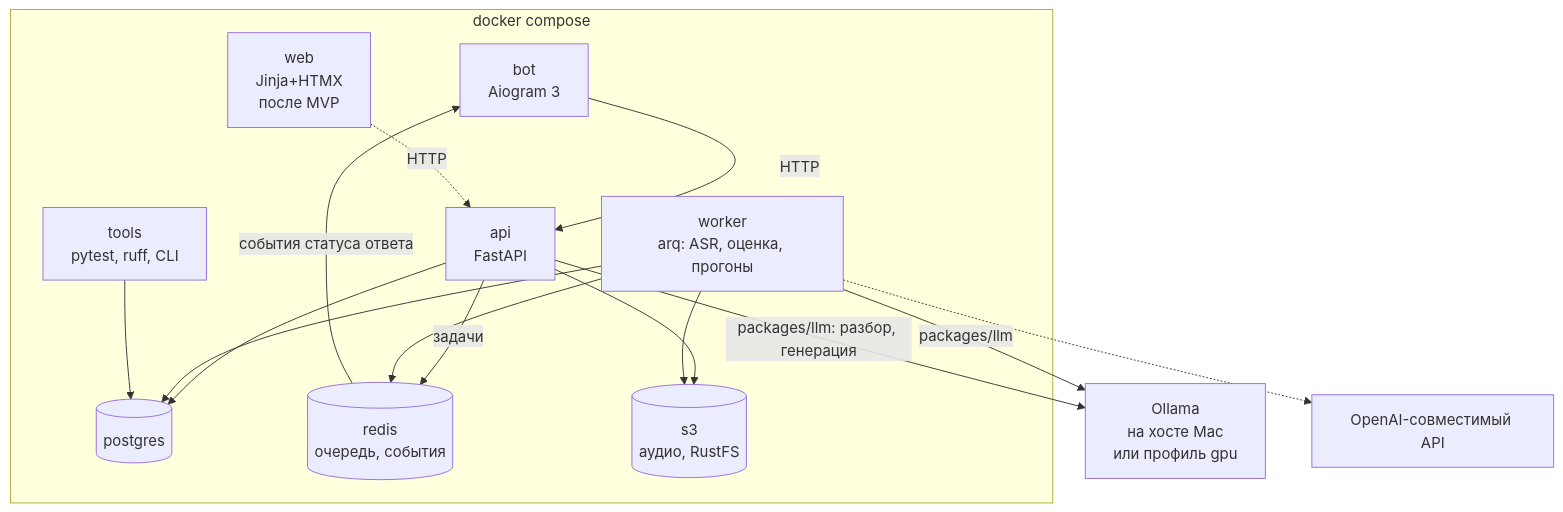
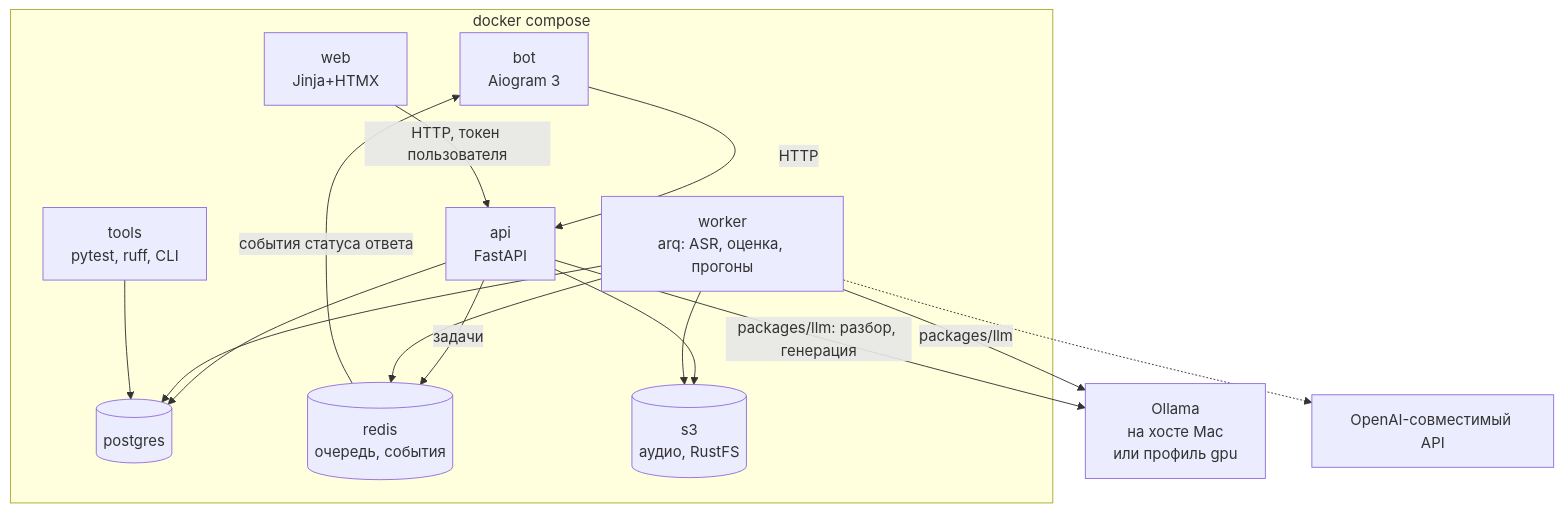
One commit to lama2x2/sobesnik changed the second of 2 diagrams in docs/specs/000-overview.md. Above: the diagram before and after it, drawn with Mermaid. The commit also changed other lines of this file and 5 other files, not shown here.

````diff
--- a/docs/specs/000-overview.md
+++ b/docs/specs/000-overview.md
@@ -224,29 +226,29 @@
 ```mermaid
 flowchart TB
     subgraph compose[docker compose]
         bot[bot\nAiogram 3]
-        web[web\nJinja+HTMX\nпосле MVP]
+        web[web\nJinja+HTMX]
         api[api\nFastAPI]
         worker[worker\narq: ASR, оценка, прогоны]
         pg[(postgres)]
         redis[(redis\nочередь, события)]
         s3[(s3\nаудио, RustFS)]
         tools[tools\npytest, ruff, CLI]
     end
     ollama[Ollama\nна хосте Mac\nили профиль gpu]
     cloud[OpenAI-совместимый API]
 
     bot -->|HTTP| api
-    web -.->|HTTP| api
+    web -->|HTTP, токен пользователя| api
     api --> pg
     api --> s3
     api -->|задачи| redis
     worker --> redis
     worker --> pg
     worker --> s3
     worker -->|packages/llm| ollama
     worker -.-> cloud
     api -->|packages/llm: разбор, генерация| ollama
     redis -->|события статуса ответа| bot
     tools --> pg
 ```
````
